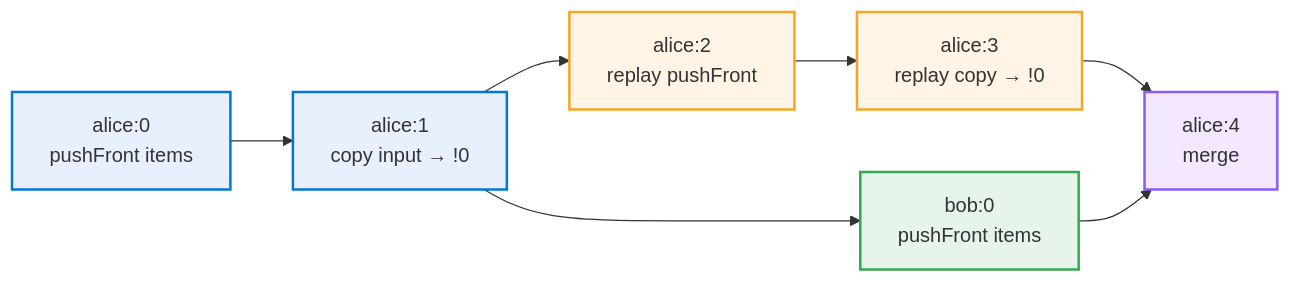
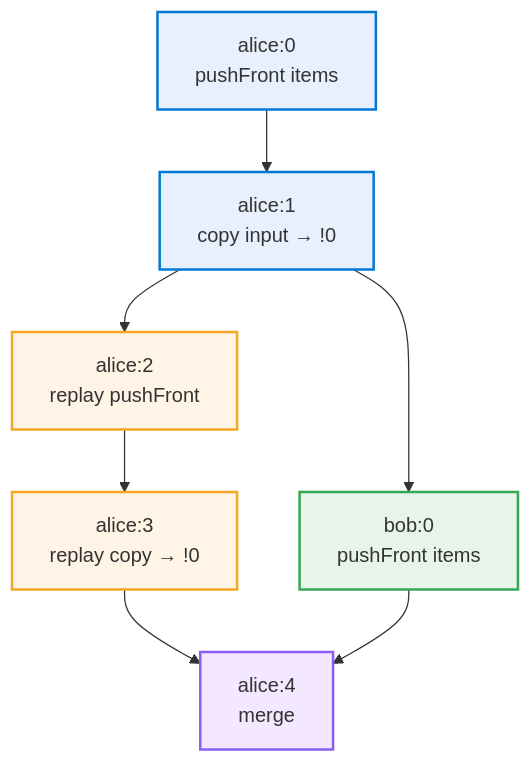
One commit to krsion/master-thesis changed the diagram in img/replay.mmd. Above: the diagram before and after it, drawn with Mermaid. The commit also changed 1 other file, not shown here.

Commit message:
Make replay diagram vertical

```diff
--- a/img/replay.mmd
+++ b/img/replay.mmd
@@ -1,25 +1,25 @@
 %%{init: {'themeVariables': {'fontFamily': 'monospace'}}}%%
-graph LR
+graph TB
     E0["alice:0<br/>pushFront items"]
     E1["alice:1<br/>copy input → !0"]
 
     BOB["bob:0<br/>pushFront items"]
 
     R0["alice:2<br/>replay pushFront"]
     R1["alice:3<br/>replay copy → !0"]
 
     MERGE["alice:4<br/>merge"]
 
     E0 --> E1
     E1 --> BOB
     E1 --> R0
     R0 --> R1
     R1 --> MERGE
     BOB --> MERGE
 
     style E0 fill:#e8f0fe,stroke:#0078d4,stroke-width:2px
     style E1 fill:#e8f0fe,stroke:#0078d4,stroke-width:2px
     style BOB fill:#e6f4ea,stroke:#34a853,stroke-width:2px
     style R0 fill:#fff4e5,stroke:#f5a623,stroke-width:2px
     style R1 fill:#fff4e5,stroke:#f5a623,stroke-width:2px
     style MERGE fill:#f3e8ff,stroke:#8b5cf6,stroke-width:2px
```
